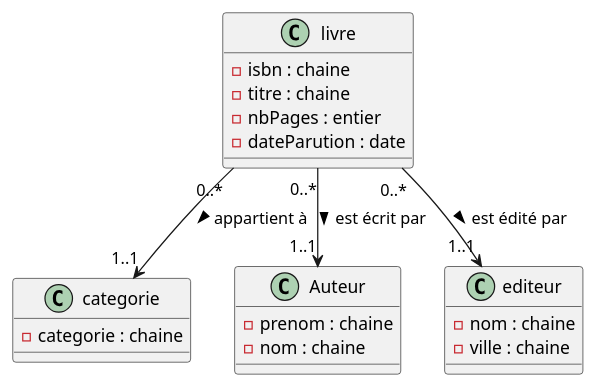
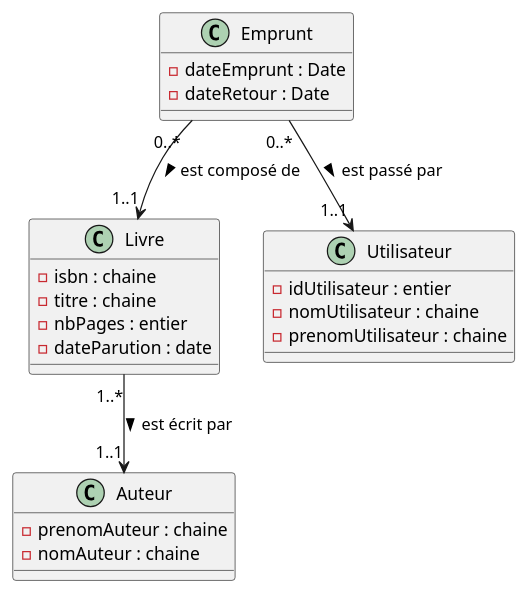
One commit to SNEAXIII/Exos_PHP changed the diagram in php-projet/poo/DAOBIBLIO/src/modele/diagrams/class/diag class.puml. Above: the diagram before and after it, drawn with PlantUML. The commit also changed 19 other files, not shown here.

```diff
--- a/php-projet/poo/DAOBIBLIO/src/modele/diagrams/class/diag class.puml
+++ b/php-projet/poo/DAOBIBLIO/src/modele/diagrams/class/diag class.puml
@@ -1,28 +1,30 @@
 @startuml
 'https://plantuml.com/class-diagram
-class livre
+class Livre
 {
     -isbn : chaine
     -titre : chaine
     -nbPages : entier
     -dateParution : date
 }
-class categorie
-{
-    -categorie : chaine
-}
 class Auteur
 {
-    -prenom : chaine
-    -nom : chaine
+    -prenomAuteur : chaine
+    -nomAuteur : chaine
 }
-class editeur
+class Emprunt
 {
-    -nom : chaine
-    -ville : chaine
+    -dateEmprunt : Date
+    -dateRetour : Date
 }
-livre "0..*" --> "1..1" Auteur : est écrit par >
-livre "0..* "--> "1..1" editeur : est édité par >
-livre "0..*" --> "1..1" categorie : appartient à >
+class Utilisateur
+{
+    -idUtilisateur : entier
+    -nomUtilisateur : chaine
+    -prenomUtilisateur : chaine
+}
+Livre "1..*"-->"1..1" Auteur : est écrit par >
+Emprunt "0..*"--> "1..1" Utilisateur : est passé par >
+Emprunt "0..*"-->"1..1" Livre : est composé de >
 
 @enduml
```
